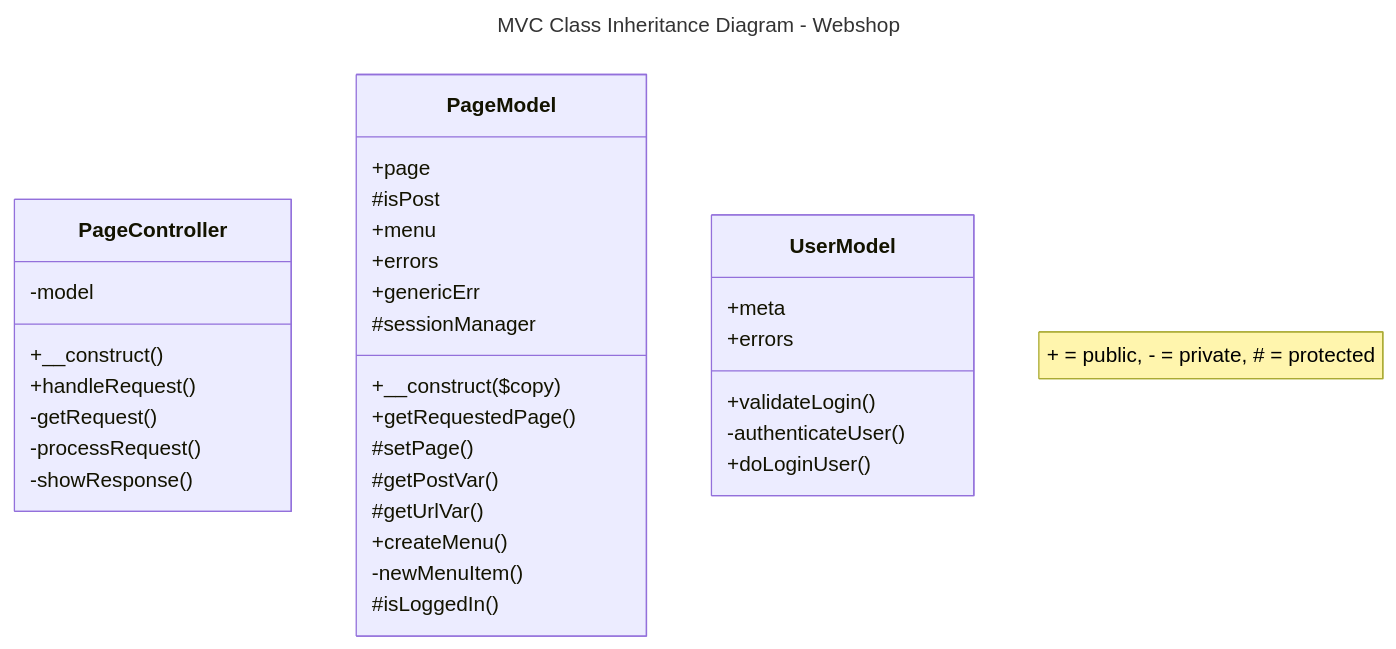
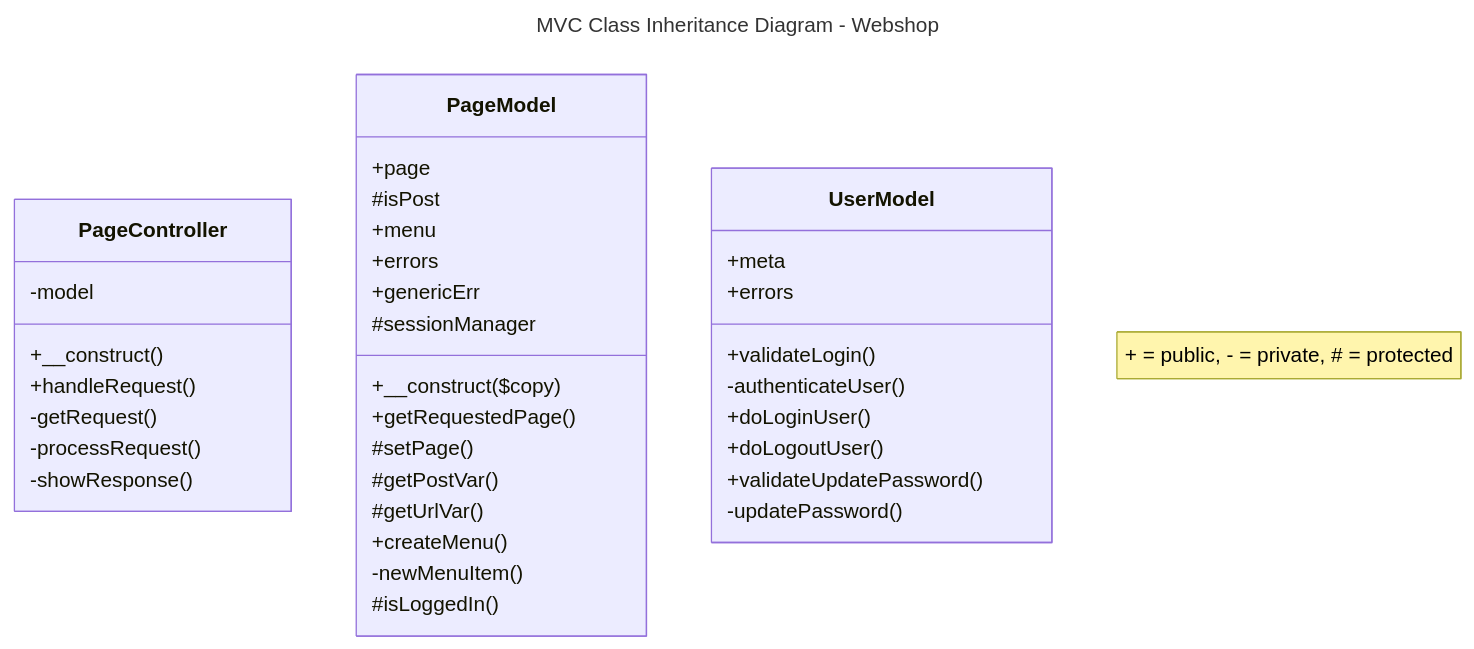
Before and after one commit to JeroenHeemskerk/educom-webshop-oop-1708595373: the diagram in Diagrams/MVC diagrams.md, drawn with Mermaid.

Commit message:
Update MVC diagrams.md

````diff
--- a/Diagrams/MVC diagrams.md
+++ b/Diagrams/MVC diagrams.md
@@ -1,44 +1,47 @@
 ```mermaid
 ---
 title: MVC Class Inheritance Diagram - Webshop
 ---
 classDiagram
     note "+ = public, - = private, # = protected"
     %% A <|-- B means that class B inherits from class A %%
 
     class PageController{
       -model
       +__construct()
       +handleRequest()
       -getRequest()
       -processRequest()
       -showResponse()
     }
 
     class PageModel{
       +page
       #isPost
       +menu
       +errors
       +genericErr
       #sessionManager
       +__construct($copy)
       +getRequestedPage()
       #setPage()
       #getPostVar()
       #getUrlVar()
       +createMenu()
       -newMenuItem()
       #isLoggedIn()
     }
 
     class UserModel{
     +meta
     +errors
     +validateLogin()
     -authenticateUser()
     +doLoginUser()
+    +doLogoutUser()
+    +validateUpdatePassword()
+    -updatePassword()
     }
 
 
 ```
````
